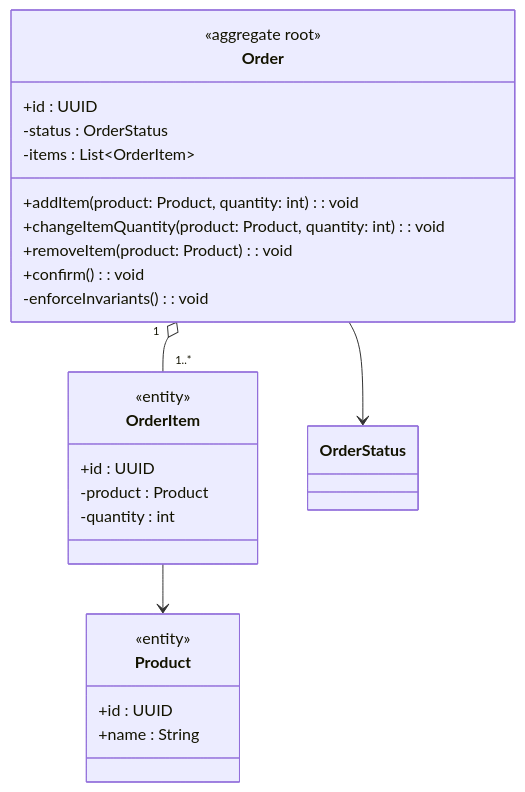
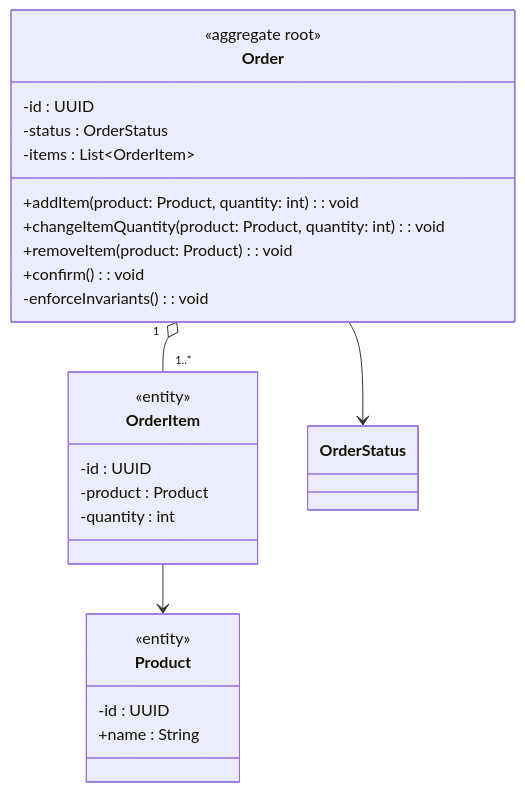
Before and after one commit to o-s-expert/ddd-workshop: the third of 8 diagrams in guides/docs/02_tactic_pattern.md, drawn with Mermaid. The commit also changed other lines of this file, not shown here.

Commit message:
refactor: change visibility of id attributes in class diagrams to private

````diff
--- a/guides/docs/02_tactic_pattern.md
+++ b/guides/docs/02_tactic_pattern.md
@@ -45,34 +45,34 @@
 ```mermaid
 classDiagram
   class Order {
     <<aggregate root>>
-    +id : UUID
+    -id : UUID
     -status : OrderStatus
     -items : List~OrderItem~
     +addItem(product: Product, quantity: int) : void
     +changeItemQuantity(product: Product, quantity: int) : void
     +removeItem(product: Product) : void
     +confirm() : void
     -enforceInvariants() : void
   }
 
   class OrderItem {
     <<entity>>
-    +id : UUID
+    -id : UUID
     -product : Product
     -quantity : int
   }
 
   class Product {
     <<entity>>
-    +id : UUID
+    -id : UUID
     +name : String
   }
 
   class OrderStatus
 
   Order "1" o-- "1..*" OrderItem
   OrderItem --> Product
   Order --> OrderStatus
 
 ```
````
